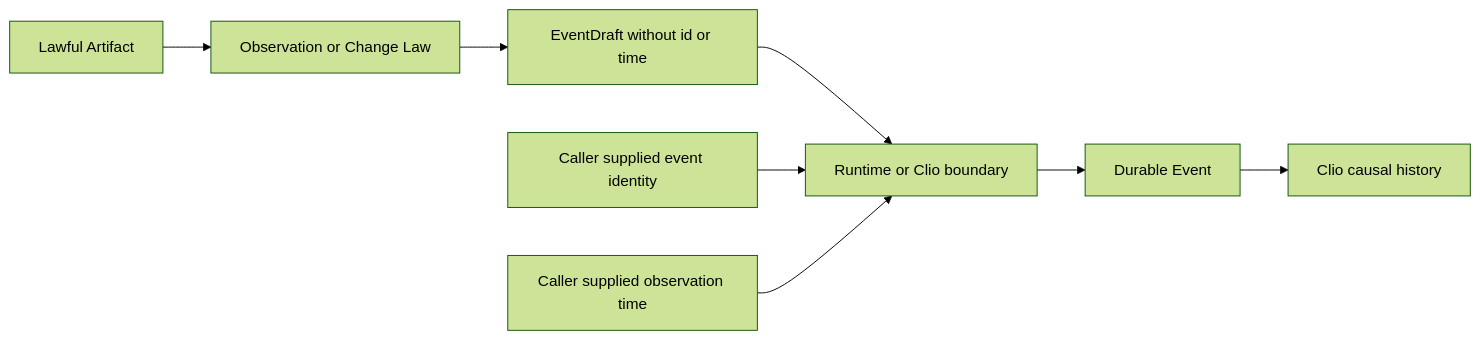
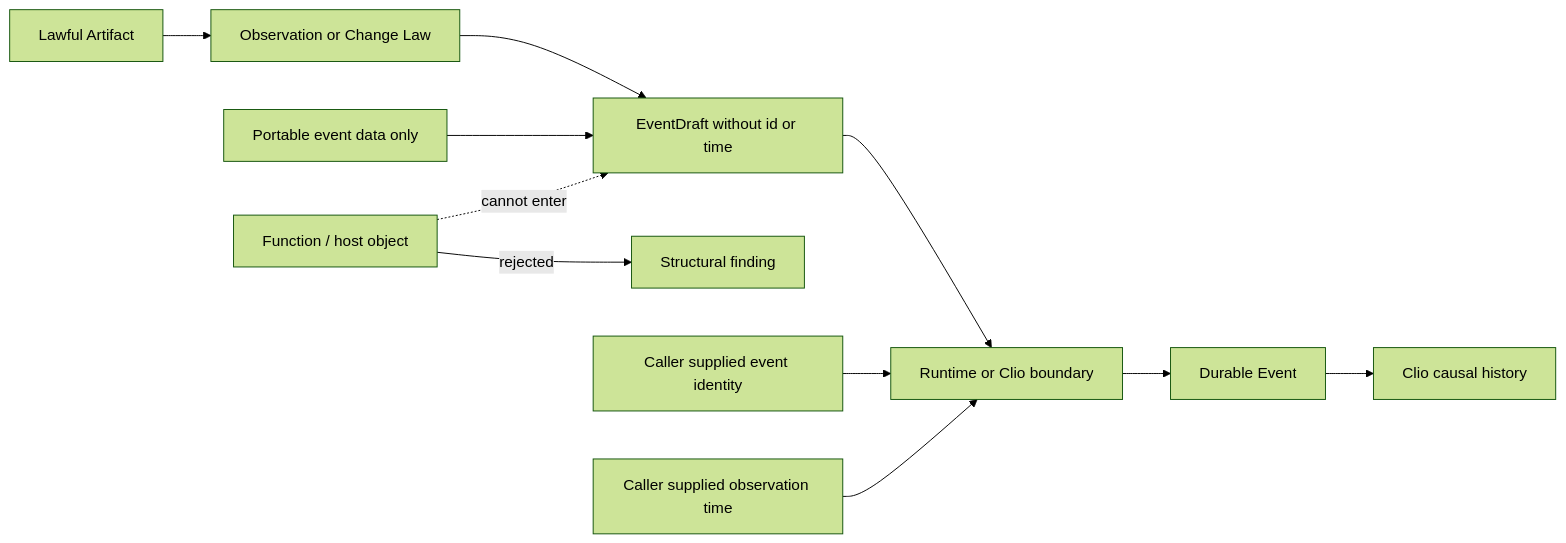
Before and after one commit to open-hax/foresight: the diagram in docs/architecture/workflows/artifact-event-draft.mmd, drawn with Mermaid (forest theme).

Commit message:
docs(alpha): show portable draft payload boundary

```diff
--- a/docs/architecture/workflows/artifact-event-draft.mmd
+++ b/docs/architecture/workflows/artifact-event-draft.mmd
@@ -1,8 +1,11 @@
 flowchart LR
   A[Lawful Artifact] --> O[Observation or Change Law]
   O --> D[EventDraft without id or time]
+  P[Portable event data only] --> D
+  RuntimeValue[Function / host object] -->|rejected| F[Structural finding]
+  RuntimeValue -. cannot enter .-> D
   D --> R[Runtime or Clio boundary]
   I[Caller supplied event identity] --> R
   T[Caller supplied observation time] --> R
   R --> E[Durable Event]
   E --> C[Clio causal history]
```
